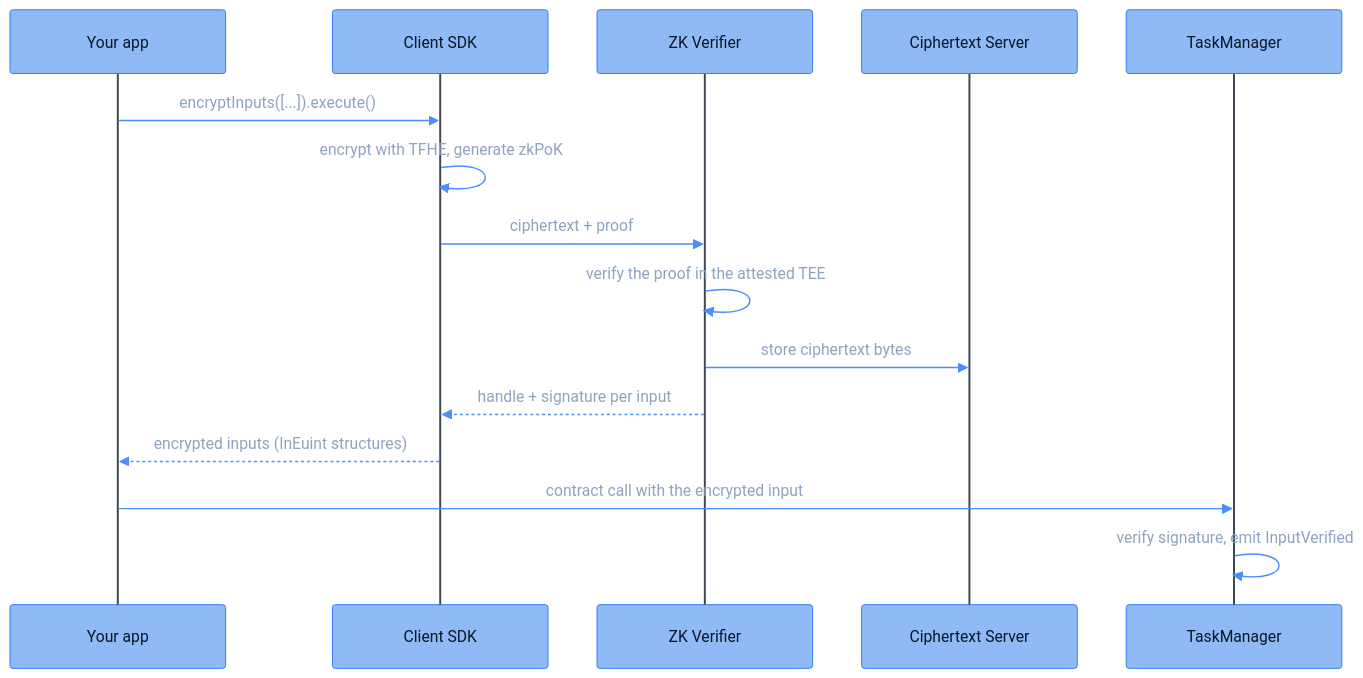
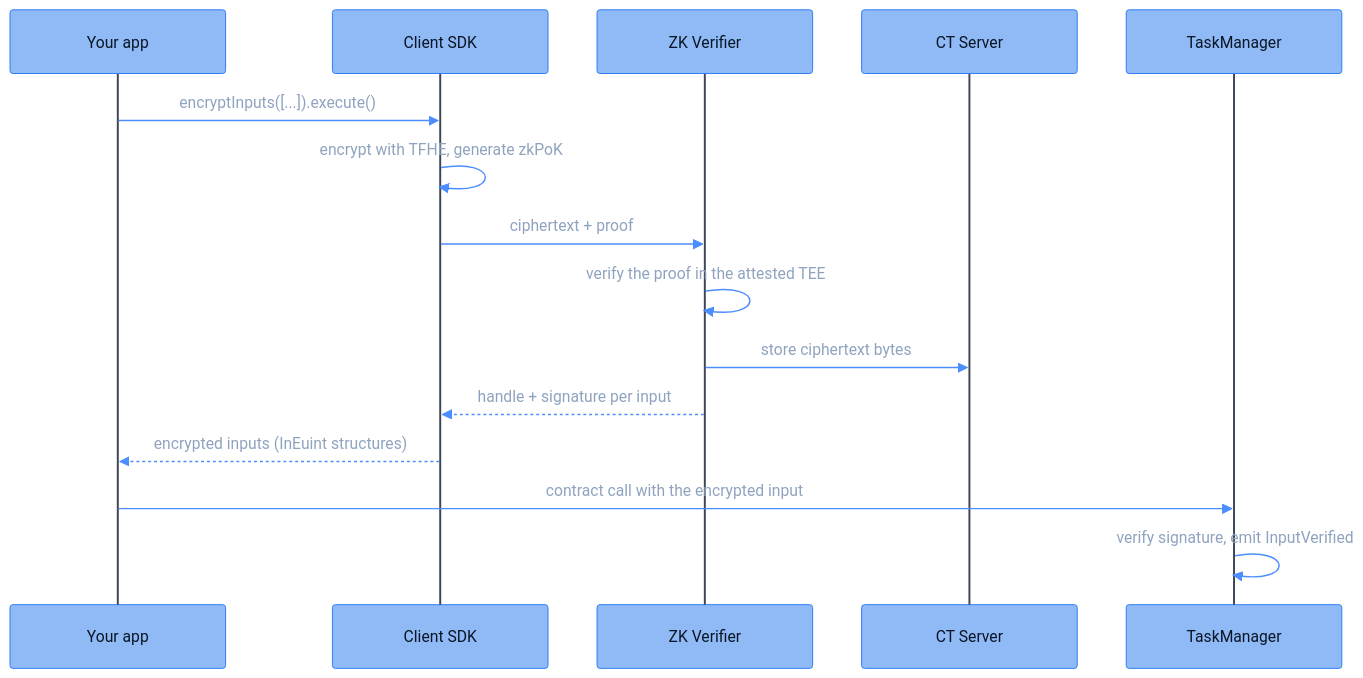
Before and after one commit to FhenixProtocol/fhenix-developer-docs: the diagram in deep-dive/data-flows/encryption-request-flow.mdx, drawn with Mermaid. The commit also changed other lines of this file and 3 other files, not shown here.

````diff
--- a/deep-dive/data-flows/encryption-request-flow.mdx
+++ b/deep-dive/data-flows/encryption-request-flow.mdx
@@ -20,19 +20,19 @@
 ```mermaid
 %%{init: {"theme": "base", "themeVariables": {"fontFamily": "Menlo, Monaco, Consolas, monospace", "fontSize": "13px", "primaryColor": "#8FBAF5", "primaryBorderColor": "#2E7CF6", "primaryTextColor": "#0A1626", "lineColor": "#4C8DFF", "signalColor": "#4C8DFF", "signalTextColor": "#8FA3BF", "actorBkg": "#8FBAF5", "actorBorder": "#2E7CF6", "actorTextColor": "#0A1626", "actorLineColor": "#3D4654", "noteBkgColor": "#14171C", "noteBorderColor": "#3D4654", "noteTextColor": "#AFC3DE", "activationBkgColor": "#1E3A5F", "activationBorderColor": "#4C8DFF", "clusterBkg": "#14171C", "clusterBorder": "#3D4654", "titleColor": "#E7EAEE", "edgeLabelBackground": "#8FBAF5", "textColor": "#AFC3DE", "labelTextColor": "#E7EAEE", "tertiaryColor": "#14171C", "loopTextColor": "#AFC3DE", "labelBoxBkgColor": "#1E3A5F", "labelBoxBorderColor": "#4C8DFF"}, "sequence": {"actorFontFamily": "Menlo, Monaco, Consolas, monospace", "messageFontFamily": "Menlo, Monaco, Consolas, monospace", "noteFontFamily": "Menlo, Monaco, Consolas, monospace", "width": 220}}}%%
 sequenceDiagram
     participant App as Your app
     participant SDK as Client SDK
     participant ZK as ZK Verifier
-    participant CTS as Ciphertext Server
+    participant CTS as CT Server
     participant TM as TaskManager
 
     App->>SDK: encryptInputs([...]).execute()
     SDK->>SDK: encrypt with TFHE, generate zkPoK
     SDK->>ZK: ciphertext + proof
     ZK->>ZK: verify the proof in the attested TEE
     ZK->>CTS: store ciphertext bytes
     ZK-->>SDK: handle + signature per input
     SDK-->>App: encrypted inputs (InEuint structures)
     App->>TM: contract call with the encrypted input
     TM->>TM: verify signature, emit InputVerified
 ```
````
